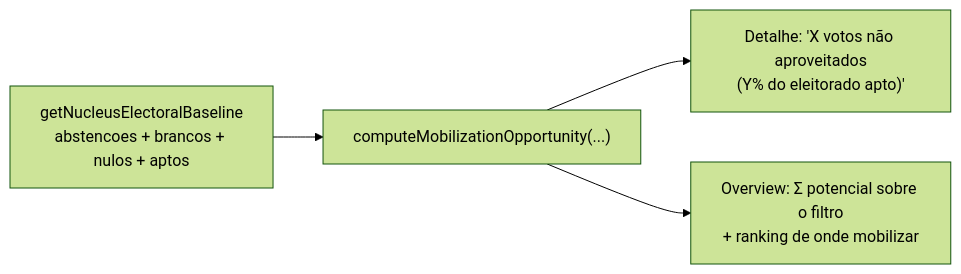
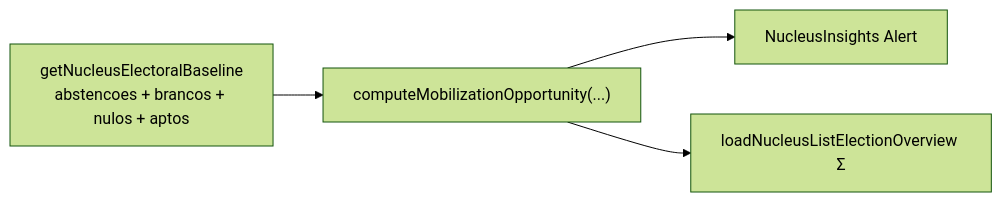
Before and after one commit to fsolla/teqo: the diagram in docs/plans/insight-mobilizacao-brancos-nulos.md, drawn with Mermaid (forest theme). The commit also changed other lines of this file and 10 other files, not shown here.

````diff
--- a/docs/plans/insight-mobilizacao-brancos-nulos.md
+++ b/docs/plans/insight-mobilizacao-brancos-nulos.md
@@ -36,10 +41,10 @@
 ```mermaid
 flowchart LR
     Base["getNucleusElectoralBaseline<br/>abstencoes + brancos + nulos + aptos"]
     Calc["computeMobilizationOpportunity(...)"]
-    Detail["Detalhe: 'X votos não aproveitados<br/>(Y% do eleitorado apto)'"]
-    Overview["Overview: Σ potencial sobre o filtro<br/>+ ranking de onde mobilizar"]
+    Detail["NucleusInsights Alert"]
+    Overview["loadNucleusListElectionOverview Σ"]
     Base --> Calc
     Calc --> Detail
     Calc --> Overview
 ```
````
